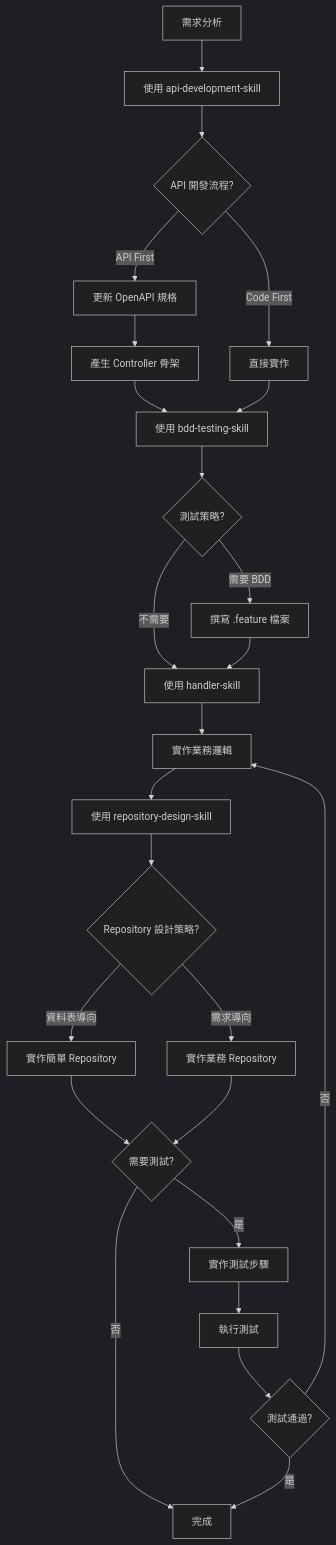
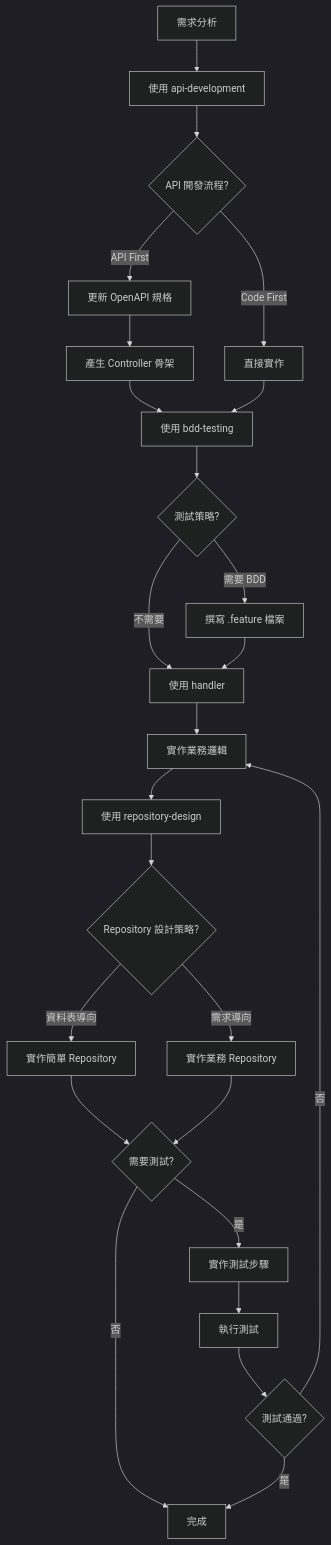
Before and after one commit to yaochangyu/api.template: the diagram in .github/dotnet-contribution-claude-1/agents/feature-development-agent/agent.md, drawn with Mermaid (dark theme). The commit also changed other lines of this file and 25 other files, not shown here.

First line of the commit message:
✨ feat(repository-design): 新增資料表導向 Repository 範本及設計哲學文件

````diff
--- a/.github/dotnet-contribution-claude-1/agents/feature-development-agent/agent.md
+++ b/.github/dotnet-contribution-claude-1/agents/feature-development-agent/agent.md
@@ -16,27 +16,27 @@
 ```mermaid
 graph TD
-    A[需求分析] --> B[使用 api-development-skill]
+    A[需求分析] --> B[使用 api-development]
     B --> C{API 開發流程?}
     C -->|API First| D[更新 OpenAPI 規格]
     C -->|Code First| E[直接實作]
     D --> F[產生 Controller 骨架]
-    F --> G[使用 bdd-testing-skill]
+    F --> G[使用 bdd-testing]
     E --> G
     G --> H{測試策略?}
     H -->|需要 BDD| I[撰寫 .feature 檔案]
-    H -->|不需要| J[使用 handler-skill]
+    H -->|不需要| J[使用 handler]
     I --> J
     J --> K[實作業務邏輯]
-    K --> L[使用 repository-design-skill]
+    K --> L[使用 repository-design]
     L --> M{Repository 設計策略?}
     M -->|資料表導向| N[實作簡單 Repository]
     M -->|需求導向| O[實作業務 Repository]
     N --> P{需要測試?}
     O --> P
     P -->|是| Q[實作測試步驟]
     P -->|否| R[完成]
     Q --> S[執行測試]
     S --> T{測試通過?}
     T -->|否| K
     T -->|是| R
 ```
````
